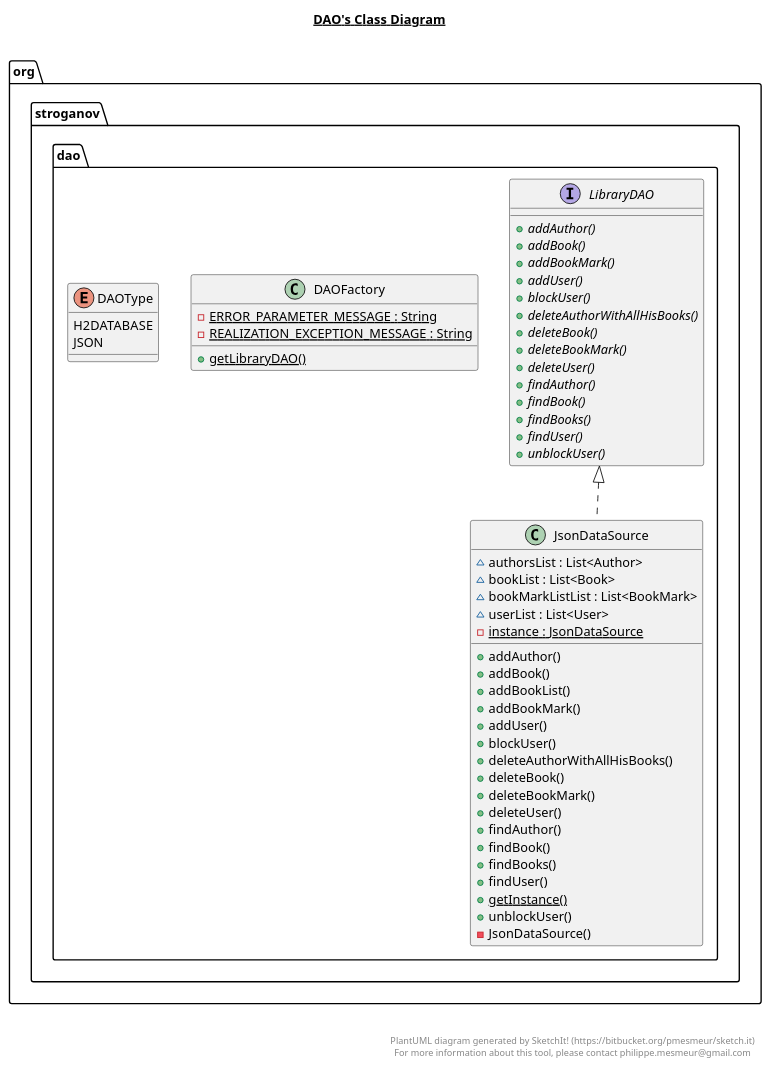
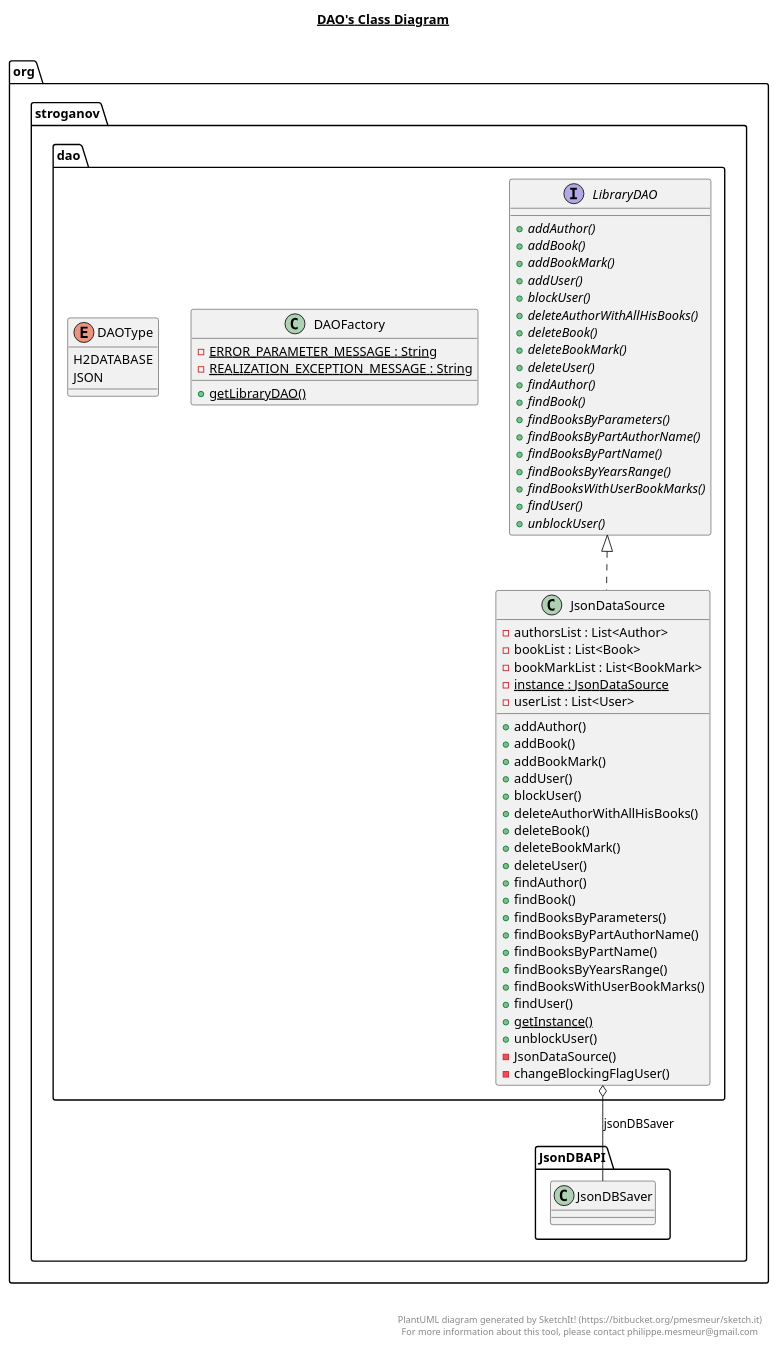
Before and after one commit to SergeyStroganoff/LibraryApp: the diagram in src/main/java/org/stroganov/dao/dao.plantuml, drawn with PlantUML. The commit also changed 8 other files, not shown here.

```diff
--- a/src/main/java/org/stroganov/dao/dao.plantuml
+++ b/src/main/java/org/stroganov/dao/dao.plantuml
@@ -1,88 +1,97 @@
 @startuml
 
 title __DAO's Class Diagram__\n
 
   namespace org.stroganov {
     namespace dao {
       class org.stroganov.dao.DAOFactory {
           {static} - ERROR_PARAMETER_MESSAGE : String
           {static} - REALIZATION_EXCEPTION_MESSAGE : String
           {static} + getLibraryDAO()
       }
     }
   }
   
 
   namespace org.stroganov {
     namespace dao {
       enum DAOType {
         H2DATABASE
         JSON
       }
     }
   }
   
 
   namespace org.stroganov {
     namespace dao {
       class org.stroganov.dao.JsonDataSource {
-          ~ authorsList : List<Author>
-          ~ bookList : List<Book>
-          ~ bookMarkListList : List<BookMark>
-          ~ userList : List<User>
+          - authorsList : List<Author>
+          - bookList : List<Book>
+          - bookMarkList : List<BookMark>
           {static} - instance : JsonDataSource
+          - userList : List<User>
           + addAuthor()
           + addBook()
-          + addBookList()
           + addBookMark()
           + addUser()
           + blockUser()
           + deleteAuthorWithAllHisBooks()
           + deleteBook()
           + deleteBookMark()
           + deleteUser()
           + findAuthor()
           + findBook()
-          + findBooks()
+          + findBooksByParameters()
+          + findBooksByPartAuthorName()
+          + findBooksByPartName()
+          + findBooksByYearsRange()
+          + findBooksWithUserBookMarks()
           + findUser()
           {static} + getInstance()
           + unblockUser()
           - JsonDataSource()
+          - changeBlockingFlagUser()
       }
     }
   }
   
 
   namespace org.stroganov {
     namespace dao {
       interface org.stroganov.dao.LibraryDAO {
           {abstract} + addAuthor()
           {abstract} + addBook()
           {abstract} + addBookMark()
           {abstract} + addUser()
           {abstract} + blockUser()
           {abstract} + deleteAuthorWithAllHisBooks()
           {abstract} + deleteBook()
           {abstract} + deleteBookMark()
           {abstract} + deleteUser()
           {abstract} + findAuthor()
           {abstract} + findBook()
-          {abstract} + findBooks()
+          {abstract} + findBooksByParameters()
+          {abstract} + findBooksByPartAuthorName()
+          {abstract} + findBooksByPartName()
+          {abstract} + findBooksByYearsRange()
+          {abstract} + findBooksWithUserBookMarks()
           {abstract} + findUser()
           {abstract} + unblockUser()
       }
     }
   }
   
 
   org.stroganov.dao.JsonDataSource .up.|> org.stroganov.dao.LibraryDAO
+  org.stroganov.dao.JsonDataSource o-- org.stroganov.JsonDBAPI.JsonDBSaver : jsonDBSaver
 
 
 right footer
 
 
 PlantUML diagram generated by SketchIt! (https://bitbucket.org/pmesmeur/sketch.it)
 For more information about this tool, please contact philippe.mesmeur@gmail.com
 endfooter
 
 @enduml
```
